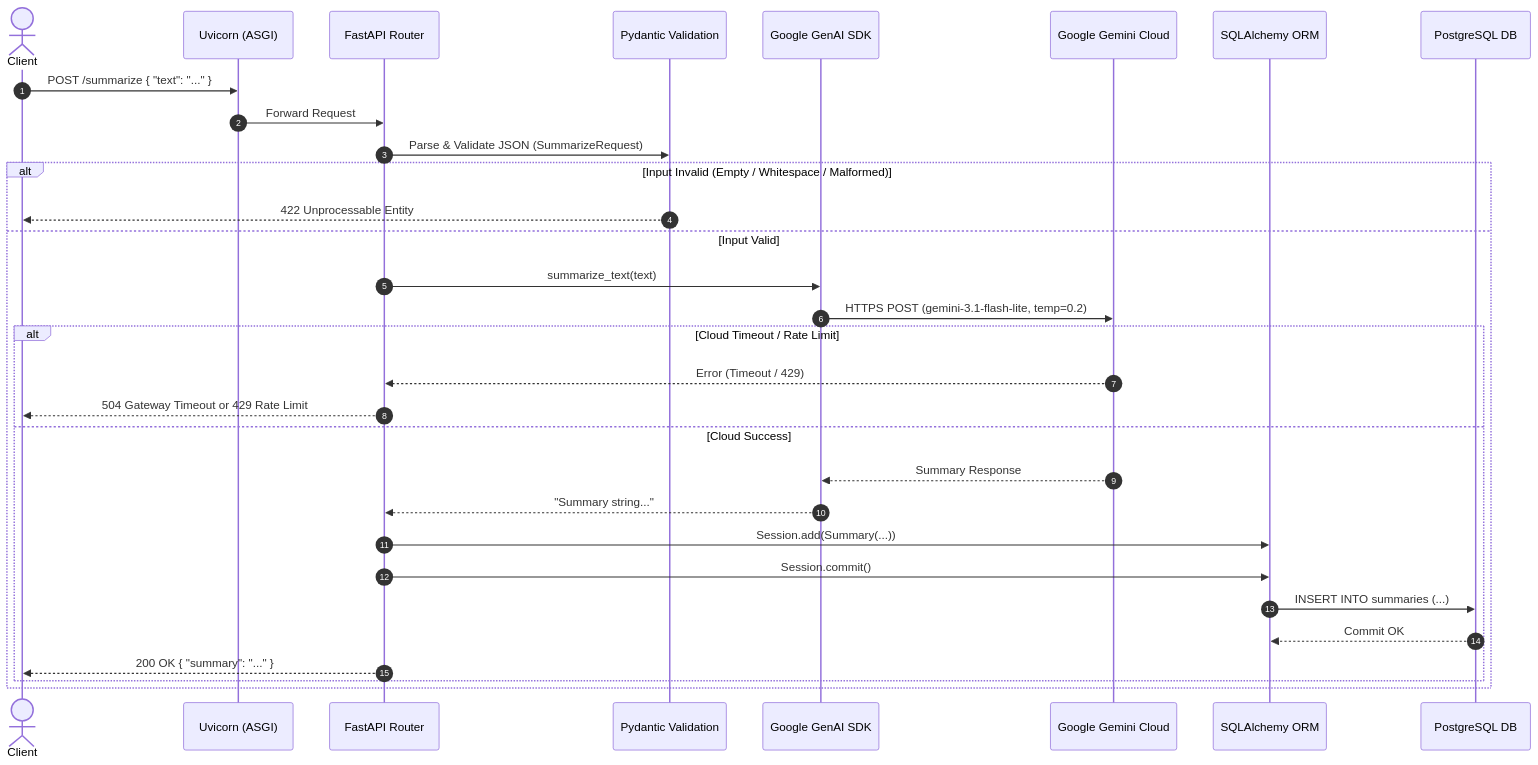
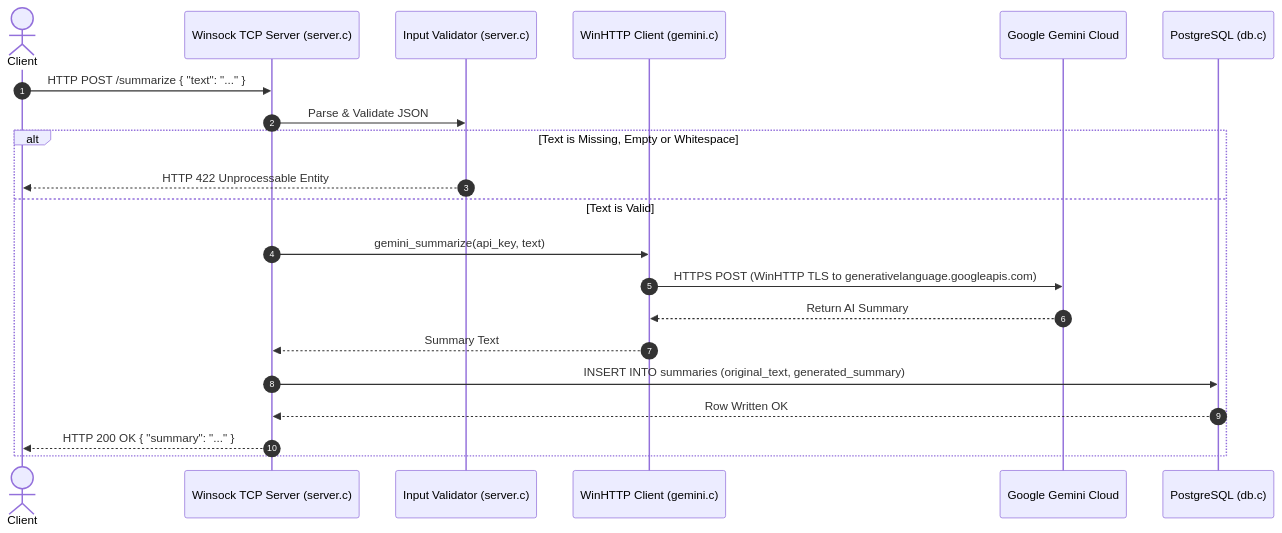
One commit to prajwalrdev/AI-Text-Summarization-API changed the diagram in README.md. Above: the diagram before and after it, drawn with Mermaid. The commit also changed other lines of this file and 22 other files, not shown here.

````diff
--- a/README.md
+++ b/README.md
@@ -50,34 +57,24 @@
 ```mermaid
 sequenceDiagram
     autonumber
     actor Client
-    participant ASGI as Uvicorn (ASGI)
-    participant FastAPI as FastAPI Router
-    participant Pydantic as Pydantic Validation
-    participant Gemini as Google GenAI SDK
-    participant GoogleCloud as Google Gemini Cloud
-    participant ORM as SQLAlchemy ORM
-    participant Postgres as PostgreSQL DB
+    participant Server as Winsock TCP Server (server.c)
+    participant Validator as Input Validator (server.c)
+    participant Gemini as WinHTTP Client (gemini.c)
+    participant Google as Google Gemini Cloud
+    participant DB as PostgreSQL (db.c)
 
-    Client->>ASGI: POST /summarize { "text": "..." }
-    ASGI->>FastAPI: Forward Request
-    FastAPI->>Pydantic: Parse & Validate JSON (SummarizeRequest)
-    alt Input Invalid (Empty / Whitespace / Malformed)
-        Pydantic-->>Client: 422 Unprocessable Entity
-    else Input Valid
-        FastAPI->>Gemini: summarize_text(text)
-        Gemini->>GoogleCloud: HTTPS POST (gemini-3.1-flash-lite, temp=0.2)
-        alt Cloud Timeout / Rate Limit
-            GoogleCloud-->>FastAPI: Error (Timeout / 429)
-            FastAPI-->>Client: 504 Gateway Timeout or 429 Rate Limit
-        else Cloud Success
-            GoogleCloud-->>Gemini: Summary Response
-            Gemini-->>FastAPI: "Summary string..."
-            FastAPI->>ORM: Session.add(Summary(...))
-            FastAPI->>ORM: Session.commit()
-            ORM->>Postgres: INSERT INTO summaries (...)
-            Postgres-->>ORM: Commit OK
-            FastAPI-->>Client: 200 OK { "summary": "..." }
-        end
+    Client->>Server: HTTP POST /summarize { "text": "..." }
+    Server->>Validator: Parse & Validate JSON
+    alt Text is Missing, Empty or Whitespace
+        Validator-->>Client: HTTP 422 Unprocessable Entity
+    else Text is Valid
+        Server->>Gemini: gemini_summarize(api_key, text)
+        Gemini->>Google: HTTPS POST (WinHTTP TLS to generativelanguage.googleapis.com)
+        Google-->>Gemini: Return AI Summary
+        Gemini-->>Server: Summary Text
+        Server->>DB: INSERT INTO summaries (original_text, generated_summary)
+        DB-->>Server: Row Written OK
+        Server-->>Client: HTTP 200 OK { "summary": "..." }
     end
 ```
````
